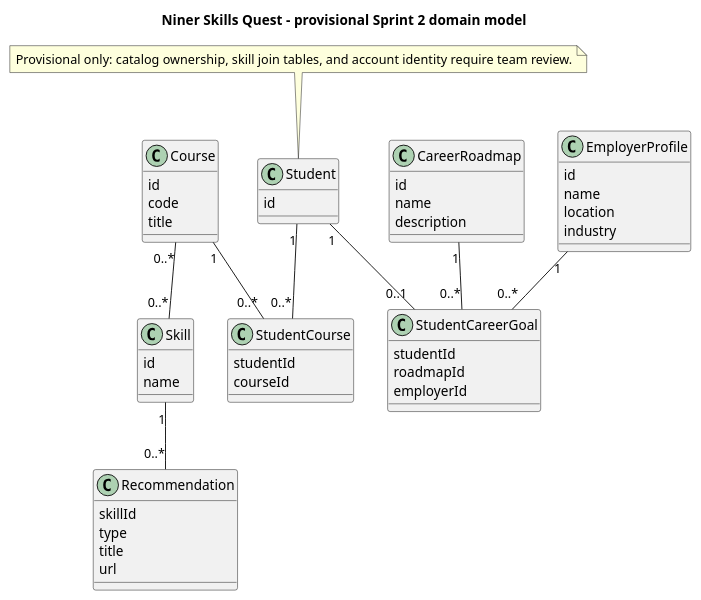
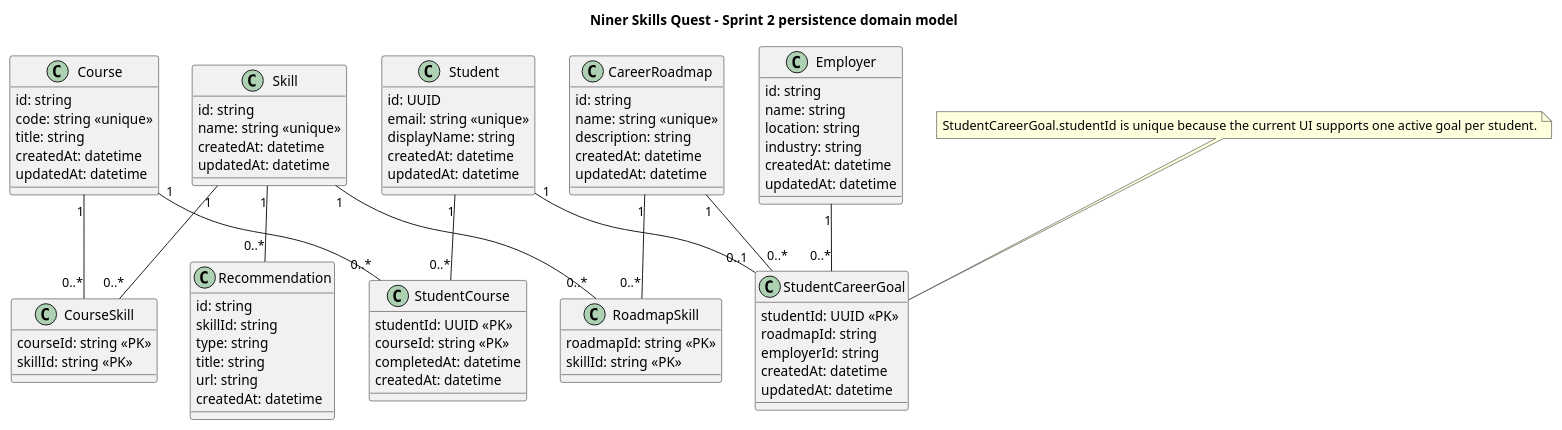
Before and after one commit to kgajula1-stack/NinerSkillsQuest: the diagram in docs/uml/class-diagram.puml, drawn with PlantUML. The commit also changed 11 other files, not shown here.

```diff
--- a/docs/uml/class-diagram.puml
+++ b/docs/uml/class-diagram.puml
@@ -1,60 +1,91 @@
 @startuml
-title Niner Skills Quest - provisional Sprint 2 domain model
+title Niner Skills Quest - Sprint 2 persistence domain model
 
 class Student {
-  id
+  id: UUID
+  email: string <<unique>>
+  displayName: string
+  createdAt: datetime
+  updatedAt: datetime
 }
 
 class Course {
-  id
-  code
-  title
+  id: string
+  code: string <<unique>>
+  title: string
+  createdAt: datetime
+  updatedAt: datetime
 }
 
 class Skill {
-  id
-  name
+  id: string
+  name: string <<unique>>
+  createdAt: datetime
+  updatedAt: datetime
+}
+
+class CourseSkill {
+  courseId: string <<PK>>
+  skillId: string <<PK>>
+}
+
+class StudentCourse {
+  studentId: UUID <<PK>>
+  courseId: string <<PK>>
+  completedAt: datetime
+  createdAt: datetime
 }
 
 class CareerRoadmap {
-  id
-  name
-  description
+  id: string
+  name: string <<unique>>
+  description: string
+  createdAt: datetime
+  updatedAt: datetime
 }
 
-class EmployerProfile {
-  id
-  name
-  location
-  industry
+class RoadmapSkill {
+  roadmapId: string <<PK>>
+  skillId: string <<PK>>
 }
 
-class StudentCourse {
-  studentId
-  courseId
+class Employer {
+  id: string
+  name: string
+  location: string
+  industry: string
+  createdAt: datetime
+  updatedAt: datetime
 }
 
 class StudentCareerGoal {
-  studentId
-  roadmapId
-  employerId
+  studentId: UUID <<PK>>
+  roadmapId: string
+  employerId: string
+  createdAt: datetime
+  updatedAt: datetime
 }
 
 class Recommendation {
-  skillId
-  type
-  title
-  url
+  id: string
+  skillId: string
+  type: string
+  title: string
+  url: string
+  createdAt: datetime
 }
 
 Student "1" -- "0..*" StudentCourse
 Course "1" -- "0..*" StudentCourse
-Course "0..*" -- "0..*" Skill
+Course "1" -- "0..*" CourseSkill
+Skill "1" -- "0..*" CourseSkill
 Student "1" -- "0..1" StudentCareerGoal
 CareerRoadmap "1" -- "0..*" StudentCareerGoal
-EmployerProfile "1" -- "0..*" StudentCareerGoal
+CareerRoadmap "1" -- "0..*" RoadmapSkill
+Skill "1" -- "0..*" RoadmapSkill
+Employer "1" -- "0..*" StudentCareerGoal
 Skill "1" -- "0..*" Recommendation
 
-note "Provisional only: catalog ownership, skill join tables, and account identity require team review." as N1
-N1 .. Student
+note "StudentCareerGoal.studentId is unique because the current UI supports one active goal per student." as N1
+N1 .. StudentCareerGoal
 @enduml
```
